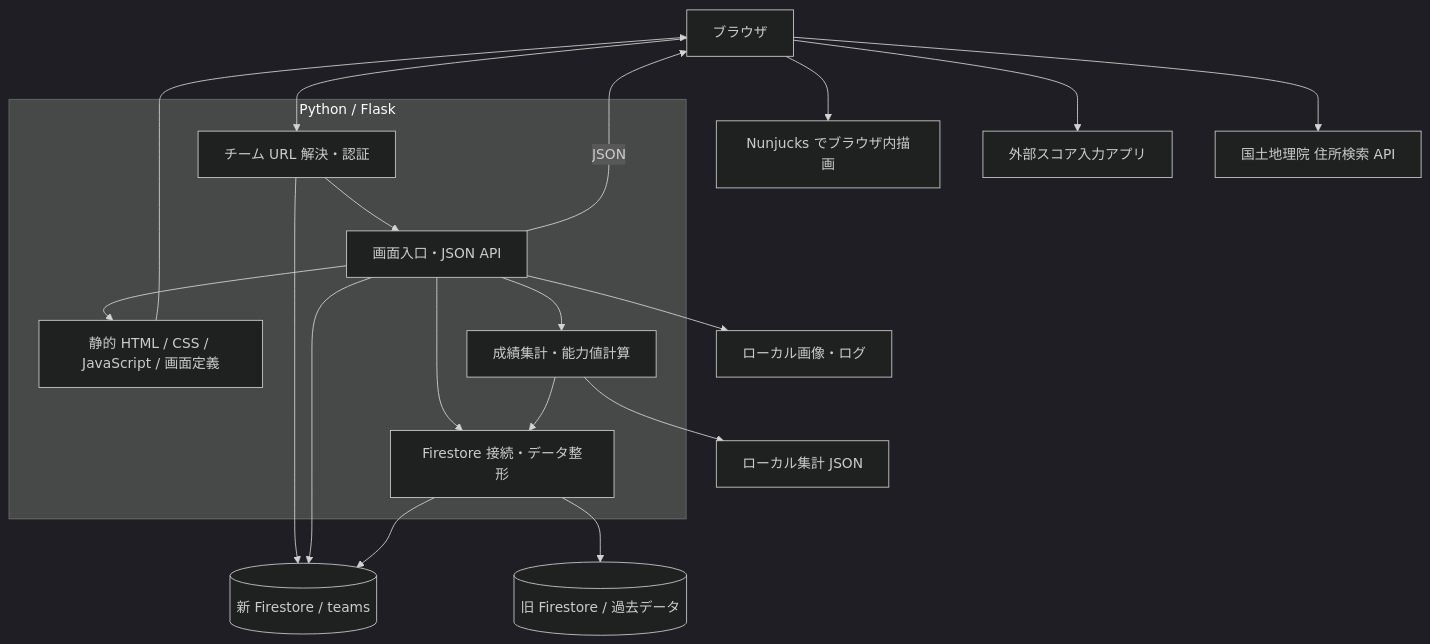
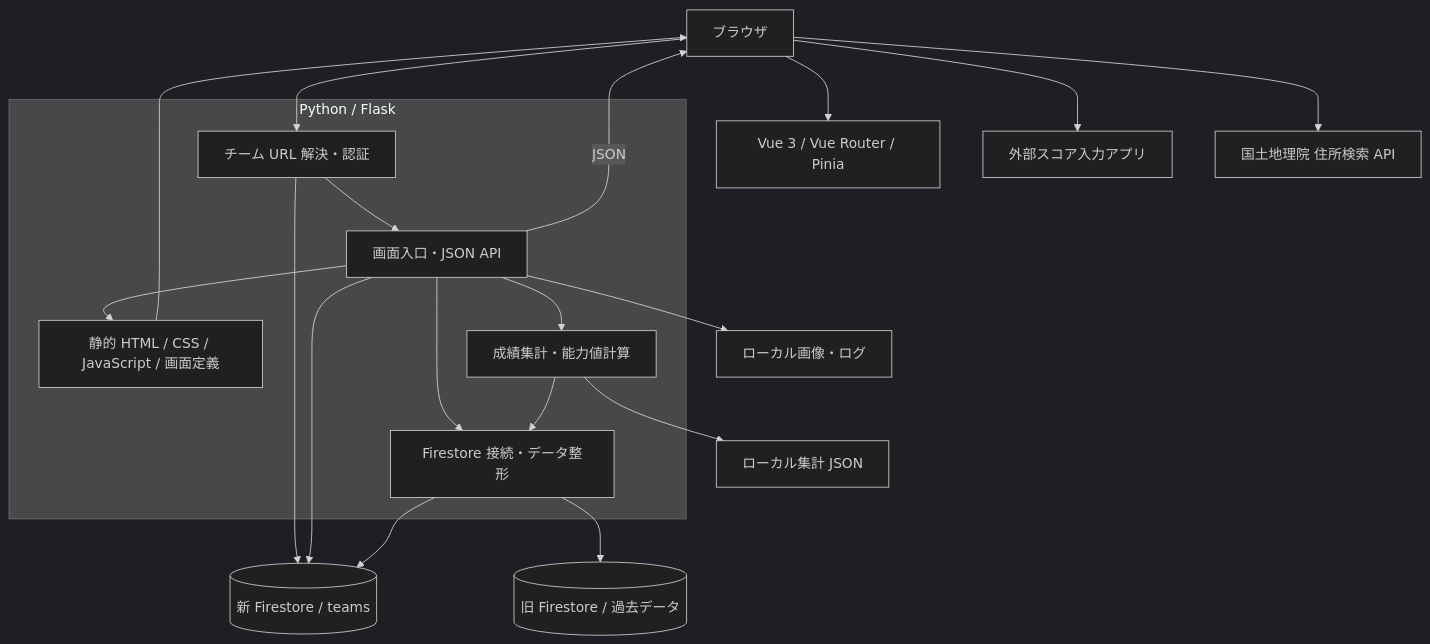
The first of 3 diagrams in 01.doc/design/README.md (t-kik0313/basemob-web), drawn with Mermaid (dark theme) before and after one commit. The commit also changed other lines of this file and 134 other files, not shown here.

````diff
--- a/01.doc/design/README.md
+++ b/01.doc/design/README.md
@@ -20,22 +20,22 @@
 ```mermaid
 flowchart TB
     B[ブラウザ] --> T[チーム URL 解決・認証]
     subgraph APP[Python / Flask]
         T --> R[画面入口・JSON API]
         R --> V[静的 HTML / CSS / JavaScript / 画面定義]
         R --> S[成績集計・能力値計算]
         R --> D[Firestore 接続・データ整形]
         S --> D
     end
     V --> B
     R -->|JSON| B
-    B --> C[Nunjucks でブラウザ内描画]
+    B --> C[Vue 3 / Vue Router / Pinia]
     T --> N[(新 Firestore / teams)]
     R --> N
     D --> N
     D --> O[(旧 Firestore / 過去データ)]
     S --> F[ローカル集計 JSON]
     R --> I[ローカル画像・ログ]
     B --> E[外部スコア入力アプリ]
     B --> G[国土地理院 住所検索 API]
 ```
````
